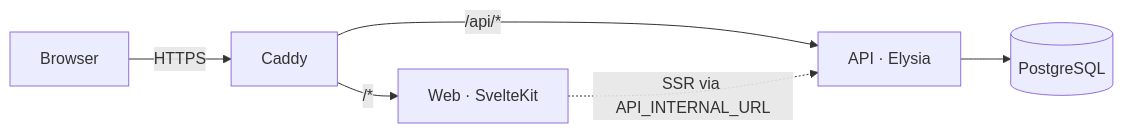
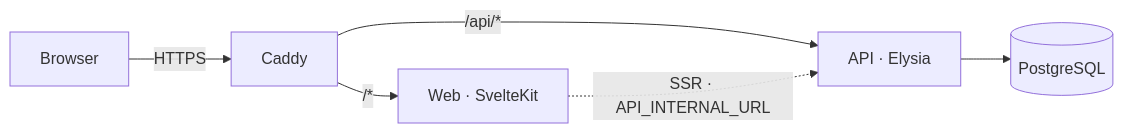
Before and after one commit to Deckhandhq/deckhand: the first of 2 diagrams in README.md, drawn with Mermaid. The commit also changed other lines of this file, not shown here.

````diff
--- a/README.md
+++ b/README.md
@@ -37,8 +34,8 @@
 ```mermaid
 flowchart LR
     U[Browser] -->|HTTPS| C[Caddy]
     C -->|"/api/*"| A[API · Elysia]
     C -->|"/*"| W[Web · SvelteKit]
     A --> P[(PostgreSQL)]
-    W -.->|"SSR via API_INTERNAL_URL"| A
+    W -.->|"SSR · API_INTERNAL_URL"| A
 ```
````
